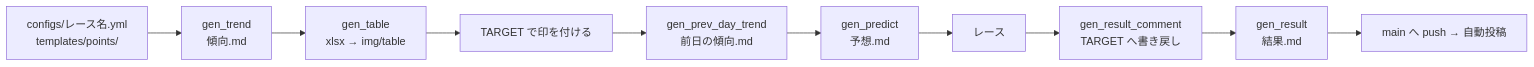
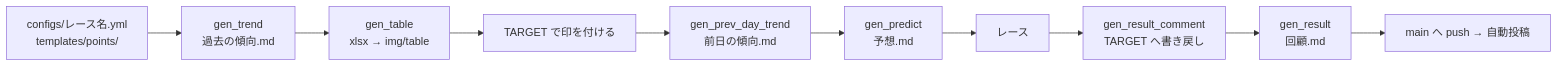
Before and after one commit to Kubo-Tech/g1-predict: the diagram in docs/workflow.md, drawn with Mermaid. The commit also changed other lines of this file and 12 other files, not shown here.

````diff
--- a/docs/workflow.md
+++ b/docs/workflow.md
@@ -5,12 +5,12 @@
 ```mermaid
 flowchart LR
-    A[configs/レース名.yml<br/>templates/points/] --> B[gen_trend<br/>傾向.md]
+    A[configs/レース名.yml<br/>templates/points/] --> B[gen_trend<br/>過去の傾向.md]
     B --> C[gen_table<br/>xlsx → img/table]
     C --> D[TARGET で印を付ける]
     D --> P[gen_prev_day_trend<br/>前日の傾向.md]
     P --> E[gen_predict<br/>予想.md]
     E --> F[レース]
     F --> G[gen_result_comment<br/>TARGET へ書き戻し]
-    G --> H[gen_result<br/>結果.md]
+    G --> H[gen_result<br/>回顧.md]
     H --> I[main へ push → 自動投稿]
 ```
````
